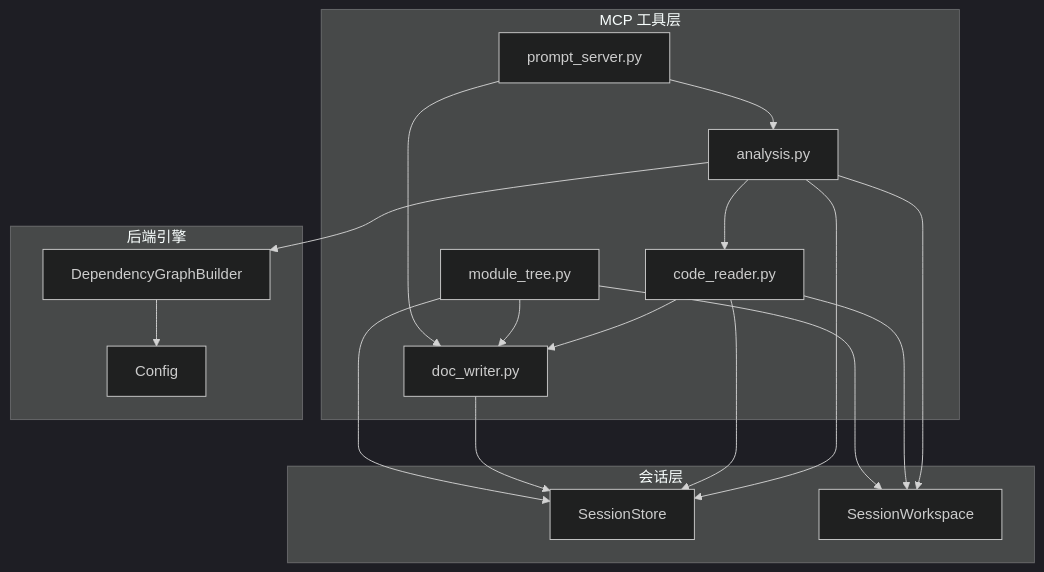
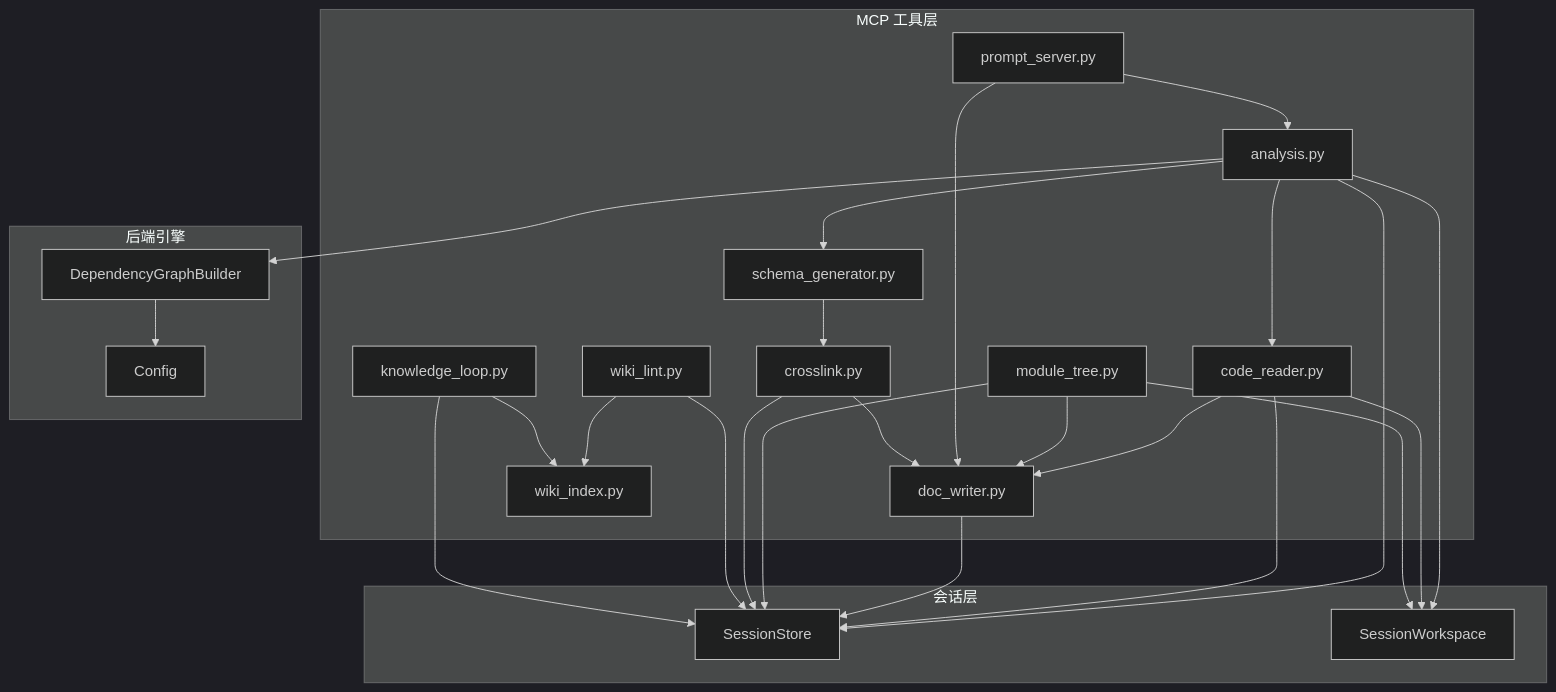
The first of 8 diagrams in repowiki/MCP 工具集.md (mambo-wang/CodeWiki-CN), drawn with Mermaid (dark theme) before and after one commit. The commit also changed other lines of this file and 32 other files, not shown here.

First line of the commit message:
feat: implement LLM Wiki knowledge management system

````diff
--- a/repowiki/MCP 工具集.md
+++ b/repowiki/MCP 工具集.md
@@ -9,27 +9,40 @@
 ```mermaid
 graph TD
     subgraph MCPLayer[MCP 工具层]
         A[analysis.py] --> B[code_reader.py]
         B --> C[doc_writer.py]
         D[module_tree.py] --> C
         E[prompt_server.py] --> A
         E --> C
+        K[crosslink.py]
+        L[wiki_lint.py]
+        M[knowledge_loop.py]
+        N[schema_generator.py]
+        O[wiki_index.py]
+        A --> N
+        N --> K
+        K --> C
+        L --> O
+        M --> O
     end
     subgraph SessionLayer[会话层]
         F[SessionStore]
         G[SessionWorkspace]
     end
     subgraph BackendLayer[后端引擎]
         H[DependencyGraphBuilder]
         I[Config]
     end
     A --> F
     A --> G
     A --> H
     B --> F
     B --> G
     C --> F
     D --> F
     D --> G
     H --> I
+    K --> F
+    L --> F
+    M --> F
 ```
````
